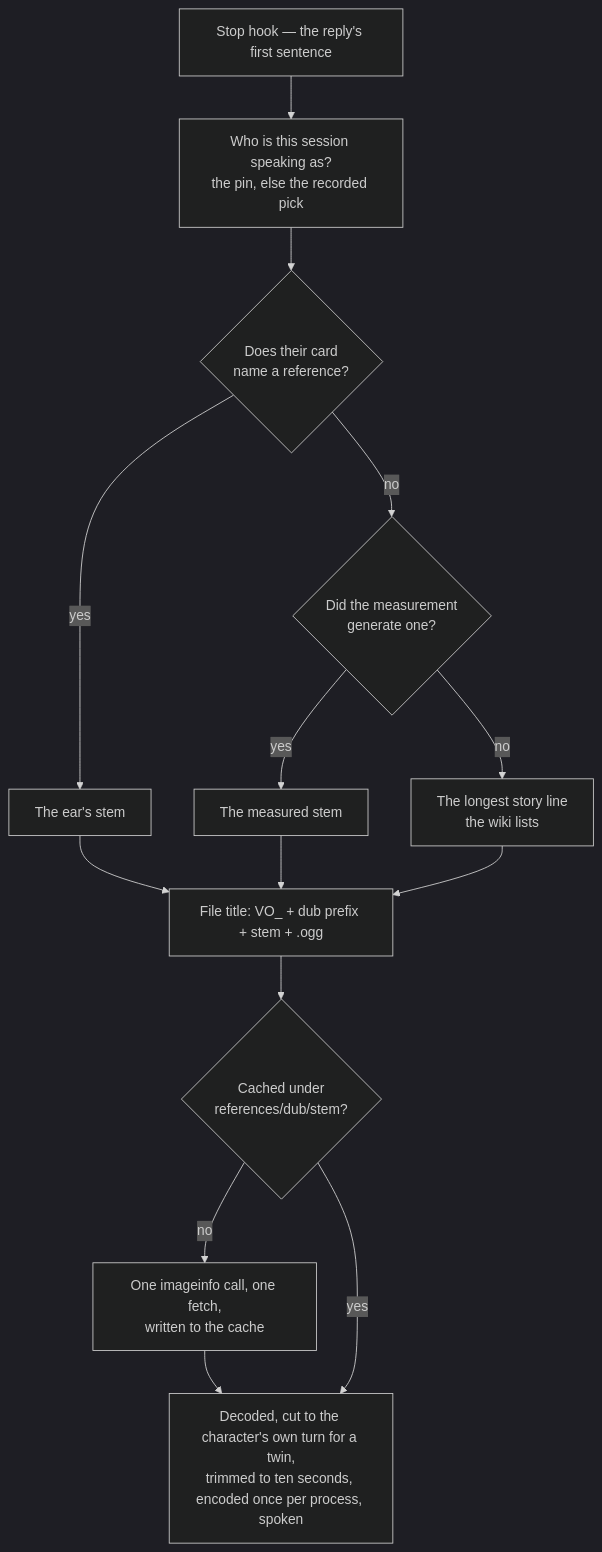
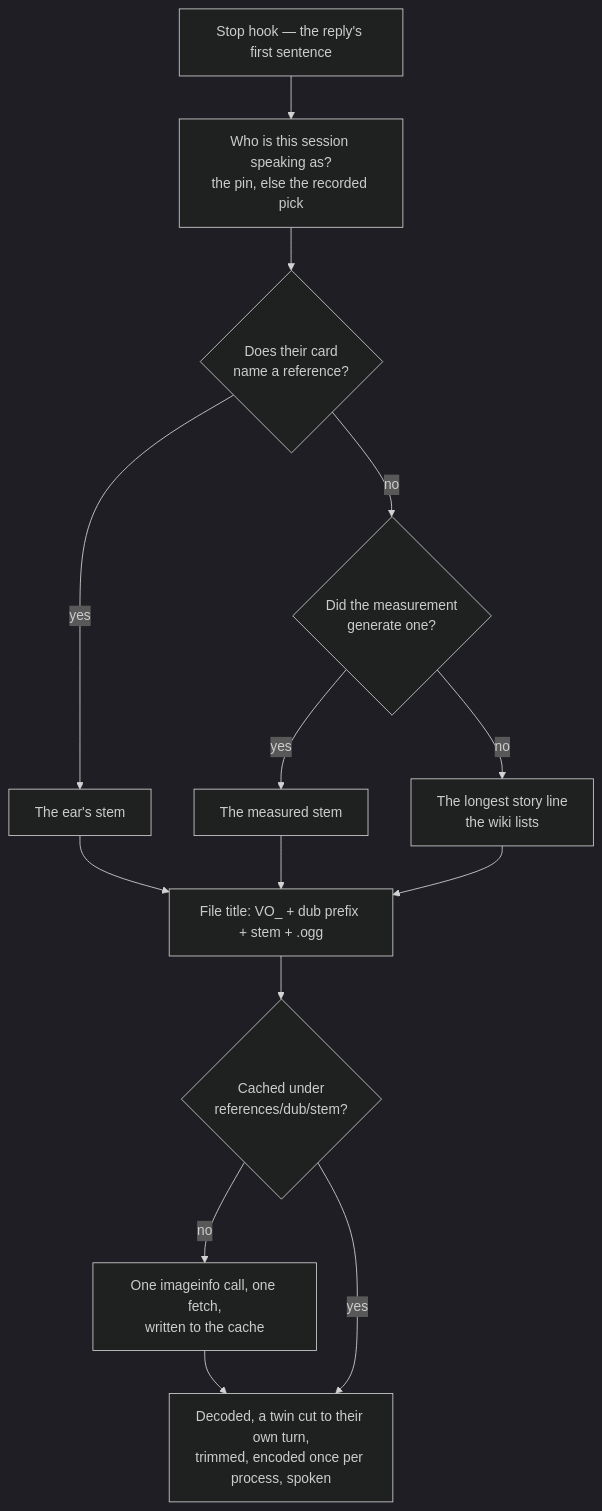
The diagram in apps/web/content/docs/infra/claude-interface/per-character-voices.md (Esposter/Esposter), drawn with Mermaid (dark theme) before and after one commit.

Commit message:
docs(claude-interface): the per-character voices diagram's clone label fits the label cap — the ten-second window it restated is the Notes' line

````diff
--- a/apps/web/content/docs/infra/claude-interface/per-character-voices.md
+++ b/apps/web/content/docs/infra/claude-interface/per-character-voices.md
@@ -25,23 +25,23 @@
 ```mermaid
 flowchart TD
     Reply["Stop hook — the reply's first sentence"]
     Who["Who is this session speaking as?<br/>the pin, else the recorded pick"]
     Card{"Does their card<br/>name a reference?"}
     Map{"Did the measurement<br/>generate one?"}
     CardStem["The ear's stem"]
     MapStem["The measured stem"]
     Longest["The longest story line<br/>the wiki lists"]
     Title["File title: VO_ + dub prefix + stem + .ogg"]
     Cache{"Cached under<br/>references/dub/stem?"}
     Fetch["One imageinfo call, one fetch,<br/>written to the cache"]
-    Clone["Decoded, cut to the character's own turn for a twin,<br/>trimmed to ten seconds, encoded once per process, spoken"]
+    Clone["Decoded, a twin cut to their own turn,<br/>trimmed, encoded once per process, spoken"]
 
     Reply --> Who --> Card
     Card -- yes --> CardStem --> Title
     Card -- no --> Map
     Map -- yes --> MapStem --> Title
     Map -- no --> Longest --> Title
     Title --> Cache
     Cache -- no --> Fetch --> Clone
     Cache -- yes --> Clone
 ```
````
